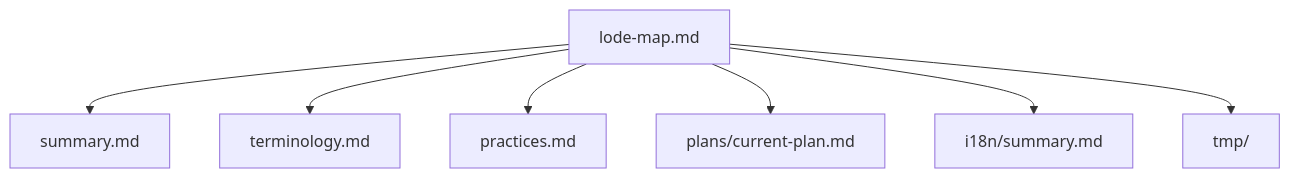
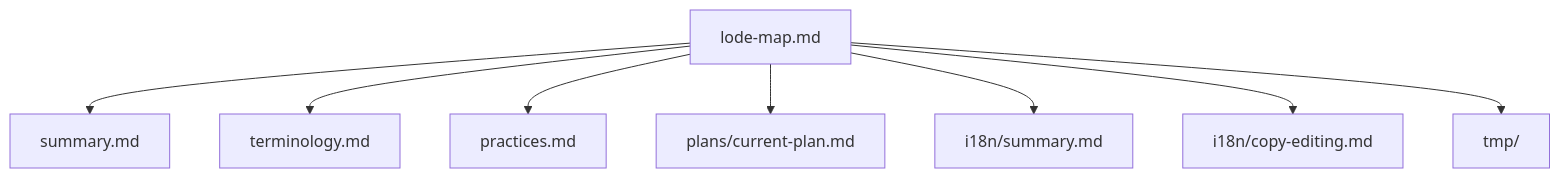
Before and after one commit to ipavic933-spec/website-pavic: the diagram in lode/lode-map.md, drawn with Mermaid. The commit also changed other lines of this file and 5 other files, not shown here.

````diff
--- a/lode/lode-map.md
+++ b/lode/lode-map.md
@@ -19,9 +20,10 @@
 ```mermaid
 graph TD
   LodeMap["lode-map.md"] --> Summary["summary.md"]
   LodeMap --> Terminology["terminology.md"]
   LodeMap --> Practices["practices.md"]
   LodeMap --> Plans["plans/current-plan.md"]
   LodeMap --> I18N["i18n/summary.md"]
+  LodeMap --> I18NCopy["i18n/copy-editing.md"]
   LodeMap --> Tmp["tmp/"]
 ```
````
